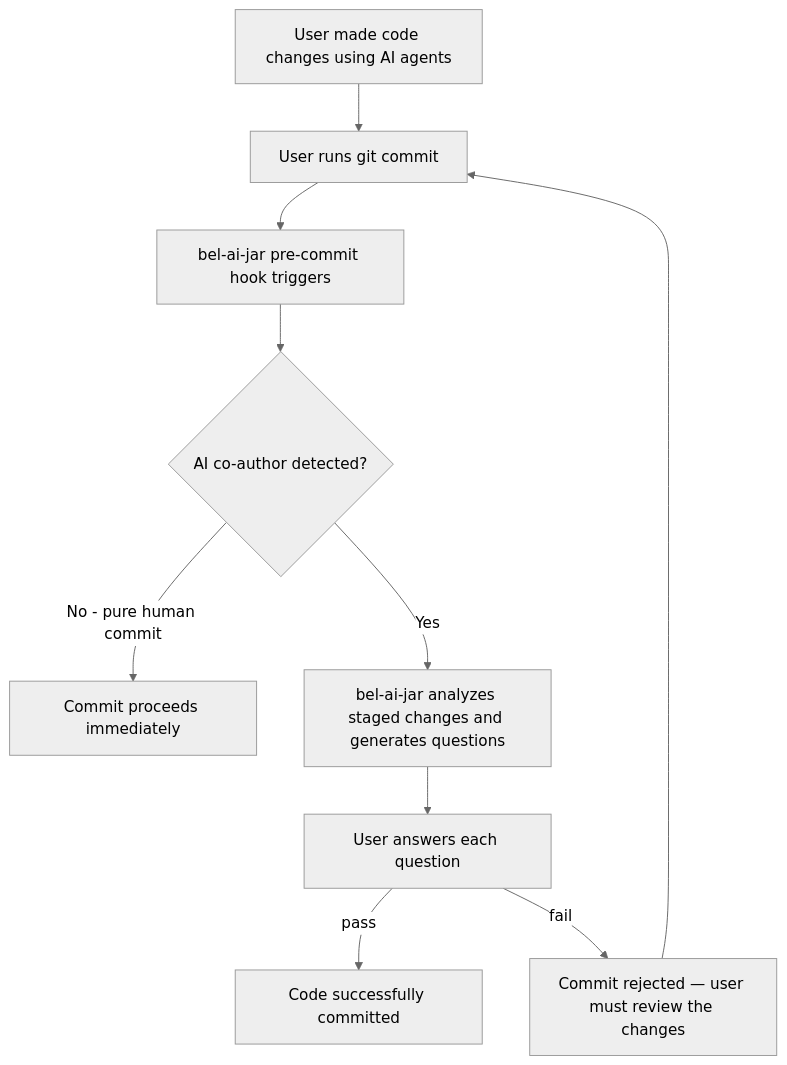
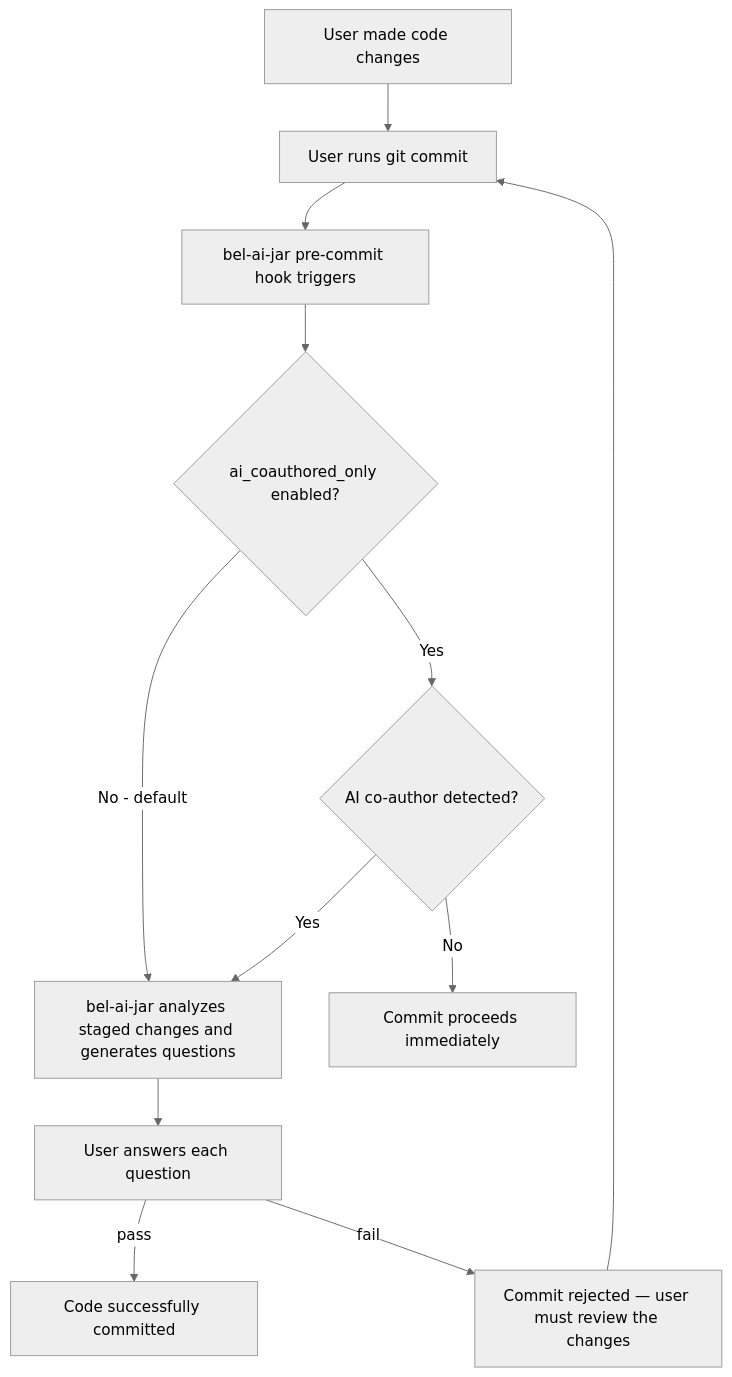
One commit to ichwanhs96/bel-ai-jar changed the second of 2 diagrams in README.md. Above: the diagram before and after it, drawn with Mermaid (neutral theme). The commit also changed other lines of this file and 9 other files, not shown here.

Commit message:
fix: update design to by default enable all commit evaluation

````diff
--- a/README.md
+++ b/README.md
@@ -45,12 +45,14 @@
 ```mermaid
 flowchart TD
-    A1[User made code changes using AI agents] --> A2[User runs git commit]
+    A1[User made code changes] --> A2[User runs git commit]
     A2 --> A3[bel-ai-jar pre-commit hook triggers]
-    A3 --> A4{AI co-author detected?}
-    A4 --> |No - pure human commit| A9[Commit proceeds immediately]
-    A4 --> |Yes| A5[bel-ai-jar analyzes staged changes and generates questions]
+    A3 --> A4{ai_coauthored_only enabled?}
+    A4 --> |No - default| A5[bel-ai-jar analyzes staged changes and generates questions]
+    A4 --> |Yes| A4b{AI co-author detected?}
+    A4b --> |No| A9[Commit proceeds immediately]
+    A4b --> |Yes| A5
     A5 --> A6[User answers each question]
     A6 --> |pass| A7[Code successfully committed]
     A6 --> |fail| A8[Commit rejected — user must review the changes]
     A8 --> A2
 ```
````
